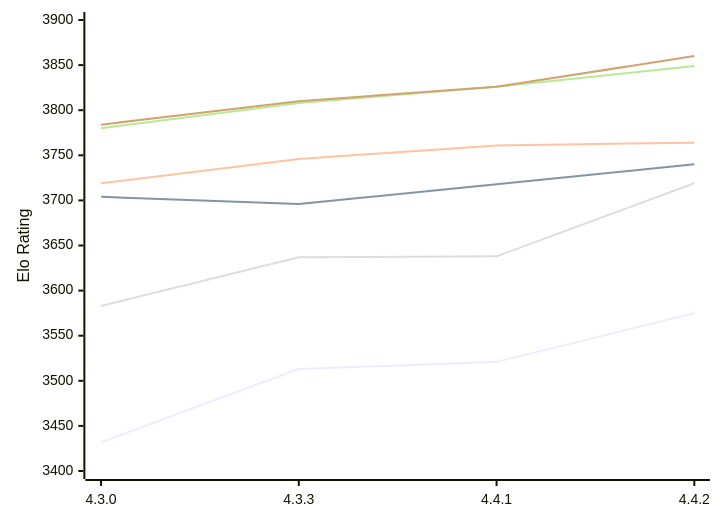
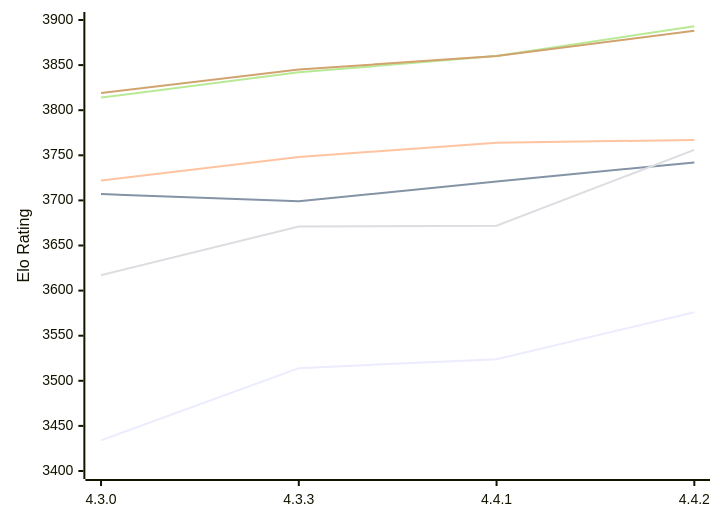
Before and after one commit to computer-chess-index/cci: the first of 2 diagrams in engines/Gaia.md, drawn with Mermaid. The commit also changed other lines of this file, not shown here.

Commit message:
Update CCI Ratings (ELO VLTC) - 2026-11-05

````diff
--- a/engines/Gaia.md
+++ b/engines/Gaia.md
@@ -59,12 +59,12 @@
 ```mermaid
 %%{init: {"theme":"base","themeVariables":{"seriesColors:['#a3a3a3','#222221','#faa371']}}}%%
 xychart-beta
   x-axis ["4.3.0", "4.3.3", "4.4.1", "4.4.2"]
   y-axis "Elo Rating" 3400 --> 3900
-  line "E1: STC (8.0+0.08s)" [3432, 3513, 3521, 3575]
-  line "E1: LTC (60.0+0.60s)" [3704, 3696, 3718, 3740]
-  line "E1: VLTC (2m24s+1.12s)" [3719, 3746, 3761, 3764]
-  line "P1: STC (8.0+0.08s)" [3583, 3637, 3638, 3719]
-  line "P1: LTC (60.0+0.60s)" [3780, 3808, 3826, 3849]
-  line "P1: VLTC (2m24s+1.12s)" [3784, 3810, 3826, 3860]
+  line "E1: STC (8.0+0.08s)" [3434, 3514, 3524, 3576]
+  line "E1: LTC (60.0+0.60s)" [3707, 3699, 3721, 3742]
+  line "E1: VLTC (2m24s+1.12s)" [3722, 3748, 3764, 3767]
+  line "P1: STC (8.0+0.08s)" [3617, 3671, 3672, 3756]
+  line "P1: LTC (60.0+0.60s)" [3814, 3842, 3860, 3893]
+  line "P1: VLTC (2m24s+1.12s)" [3819, 3845, 3860, 3888]
 ```
````
